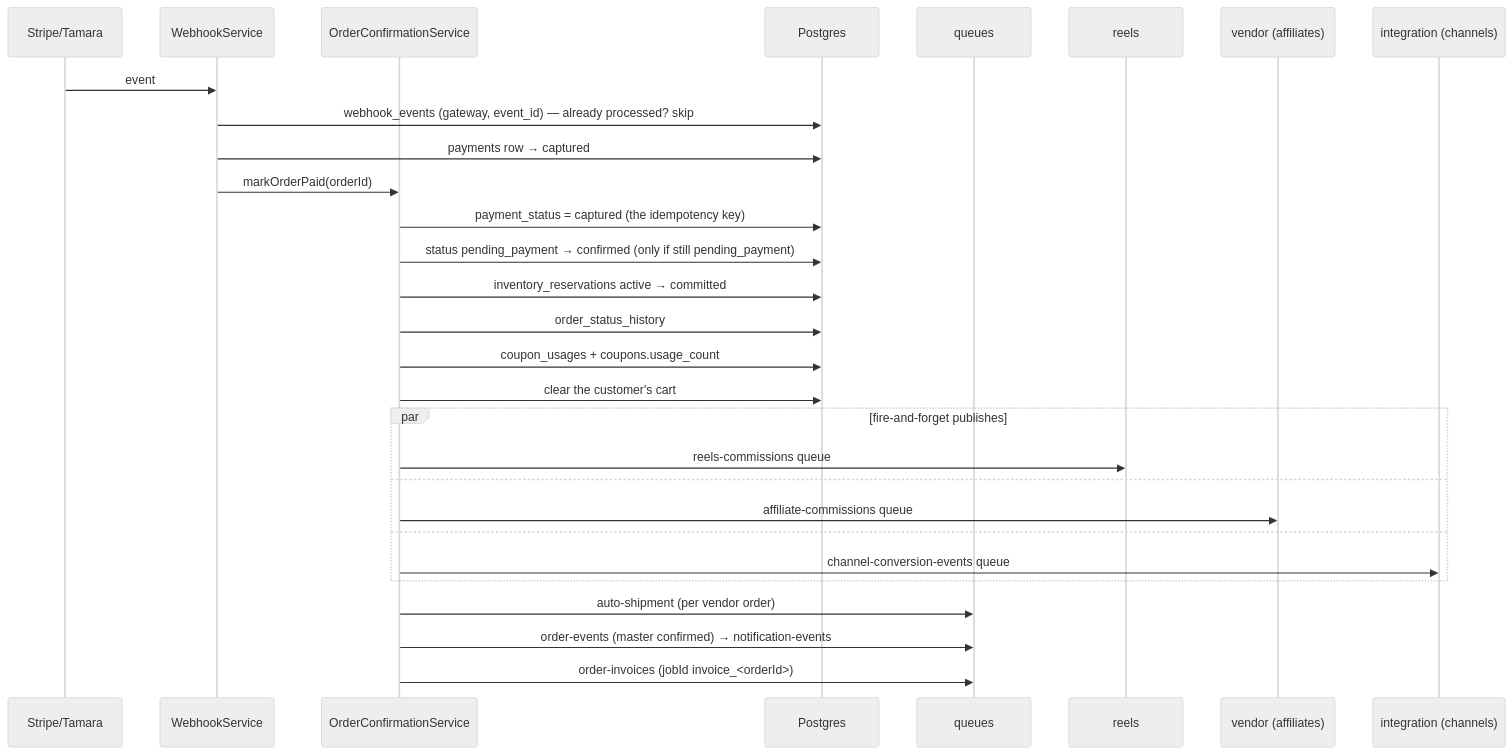
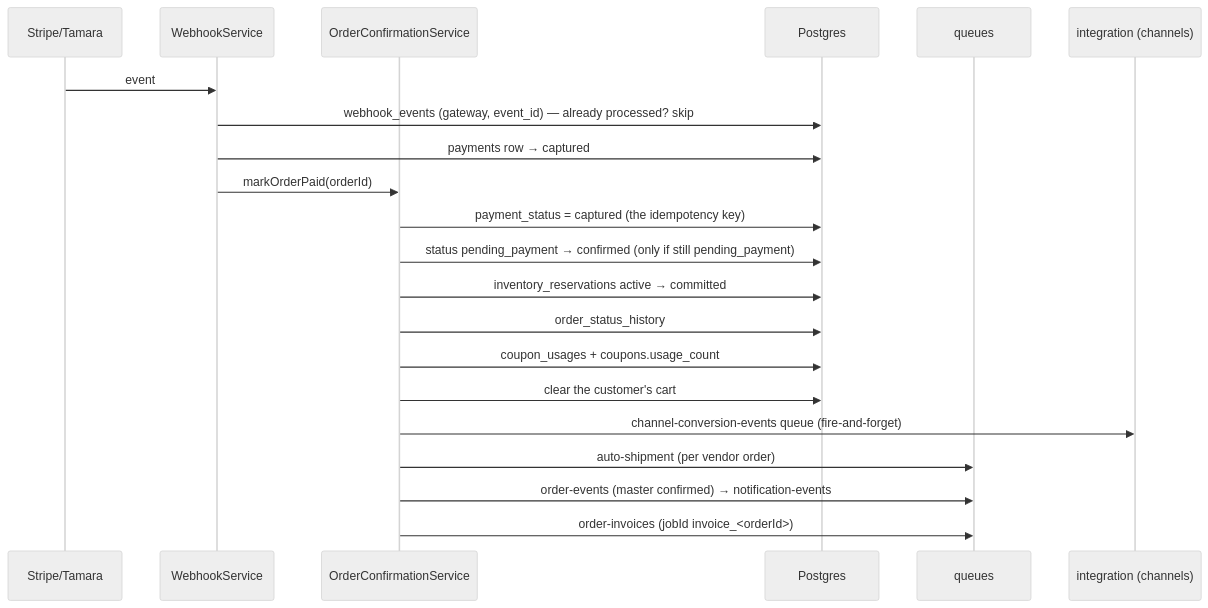
One commit to ismailfarisi/materialhub changed the second of 8 diagrams in docs/backend/16-cross-service-flows.md. Above: the diagram before and after it, drawn with Mermaid (neutral theme). The commit also changed other lines of this file and 107 other files, not shown here.

First line of the commit message:
Prune order-service, finish the schema and update the backend docs

````diff
--- a/docs/backend/16-cross-service-flows.md
+++ b/docs/backend/16-cross-service-flows.md
@@ -60,32 +60,24 @@
 ```mermaid
 sequenceDiagram
     participant ST as Stripe/Tamara
     participant W as WebhookService
     participant OC as OrderConfirmationService
     participant DB as Postgres
     participant Q as queues
-    participant R as reels
-    participant Vn as vendor (affiliates)
     participant I as integration (channels)
 
     ST->>W: event
     W->>DB: webhook_events (gateway, event_id) — already processed? skip
     W->>DB: payments row → captured
     W->>OC: markOrderPaid(orderId)
     OC->>DB: payment_status = captured (the idempotency key)
     OC->>DB: status pending_payment → confirmed (only if still pending_payment)
     OC->>DB: inventory_reservations active → committed
     OC->>DB: order_status_history
     OC->>DB: coupon_usages + coupons.usage_count
     OC->>DB: clear the customer's cart
-    par fire-and-forget publishes
-        OC->>R: reels-commissions queue
-    and
-        OC->>Vn: affiliate-commissions queue
-    and
-        OC->>I: channel-conversion-events queue
-    end
+    OC->>I: channel-conversion-events queue (fire-and-forget)
     OC->>Q: auto-shipment (per vendor order)
     OC->>Q: order-events (master confirmed) → notification-events
     OC->>Q: order-invoices (jobId invoice_<orderId>)
 ```
````
